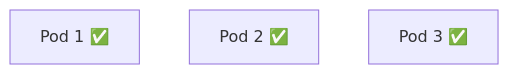
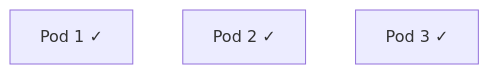
One commit to mustafammasoud/ops-handbook changed diagram 21 of 43 in content/container-orchestration/kubernetes/replicaset-fundamentals.md. Above: the diagram before and after it, drawn with Mermaid. The commit also changed other lines of this file and 2 other files, not shown here.

````diff
--- a/content/container-orchestration/kubernetes/replicaset-fundamentals.md
+++ b/content/container-orchestration/kubernetes/replicaset-fundamentals.md
@@ -480,7 +480,7 @@
 ```mermaid
 flowchart TB
     
-    P1["Pod 1 ✅"]
-    P2["Pod 2 ✅"]
-    P3["Pod 3 ✅"]
+    P1["Pod 1 ✓ "]
+    P2["Pod 2 ✓ "]
+    P3["Pod 3 ✓ "]
 ```
````
